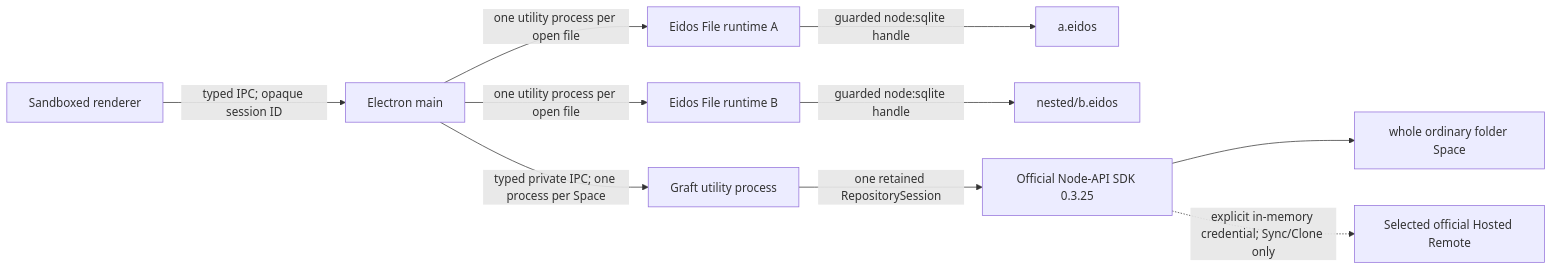
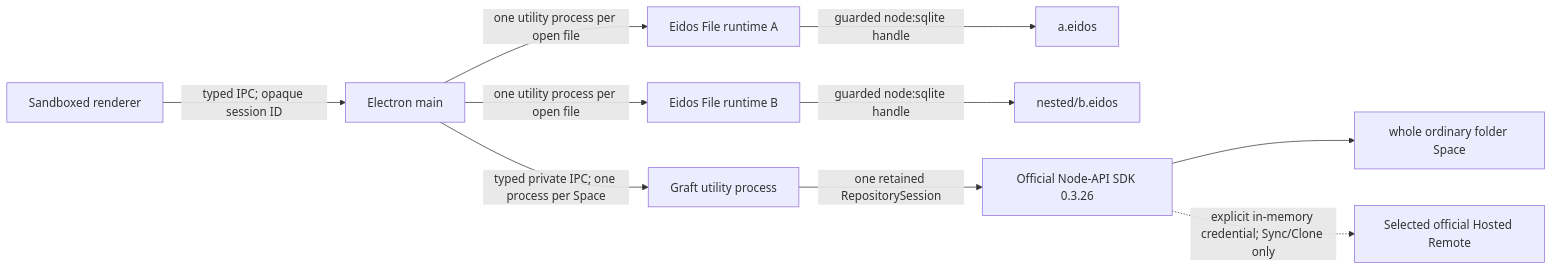
The first of 3 diagrams in apps/eidos-lite-desktop/docs/ARCHITECTURE.md (mayneyao/eidos), drawn with Mermaid before and after one commit. The commit also changed other lines of this file and 33 other files, not shown here.

````diff
--- a/apps/eidos-lite-desktop/docs/ARCHITECTURE.md
+++ b/apps/eidos-lite-desktop/docs/ARCHITECTURE.md
@@ -58,12 +58,12 @@
 ```mermaid
 flowchart LR
   R["Sandboxed renderer"] -->|"typed IPC; opaque session ID"| M["Electron main"]
   M -->|"one utility process per open file"| F1["Eidos File runtime A"]
   M -->|"one utility process per open file"| F2["Eidos File runtime B"]
   F1 -->|"guarded node:sqlite handle"| E1["a.eidos"]
   F2 -->|"guarded node:sqlite handle"| E2["nested/b.eidos"]
   M -->|"typed private IPC; one process per Space"| G["Graft utility process"]
-  G -->|"one retained RepositorySession"| N["Official Node-API SDK 0.3.25"]
+  G -->|"one retained RepositorySession"| N["Official Node-API SDK 0.3.26"]
   N --> S["whole ordinary folder Space"]
   N -. "explicit in-memory credential; Sync/Clone only" .-> H["Selected official Hosted Remote"]
 ```
````
